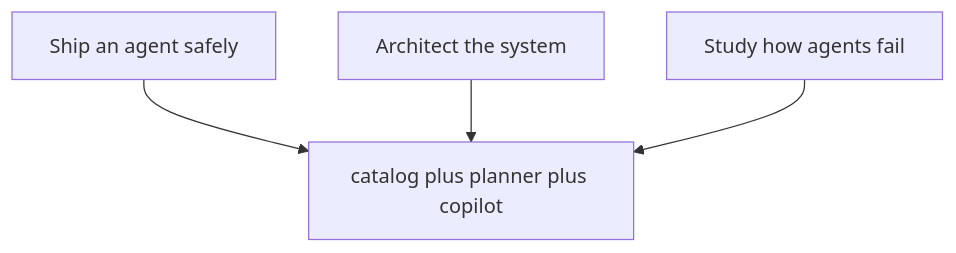
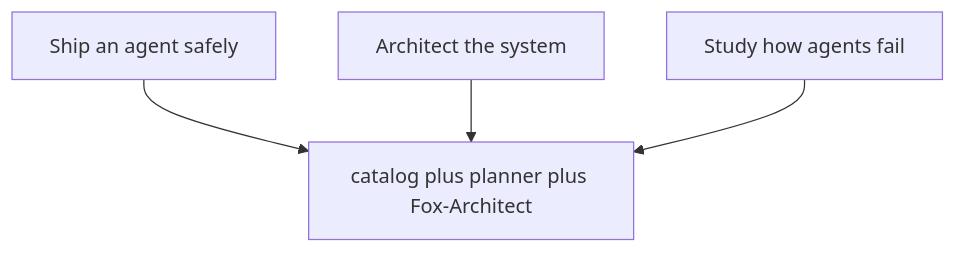
One commit to harishgovardhandamodar/AI-Agents-Patterns changed the first of 31 diagrams in book/WORKFLOWS.md. Above: the diagram before and after it, drawn with Mermaid. The commit also changed other lines of this file and 43 other files, not shown here.

First line of the commit message:
Rebrand Copilot to Fox-Architect; workflows book counsel of architects

````diff
--- a/book/WORKFLOWS.md
+++ b/book/WORKFLOWS.md
@@ -94,9 +94,9 @@
 ```mermaid
 flowchart TB
   J1["Ship an agent safely"]
   J2["Architect the system"]
   J3["Study how agents fail"]
-  J1 --> P1["catalog plus planner plus copilot"]
+  J1 --> P1["catalog plus planner plus Fox-Architect"]
   J2 --> P1
   J3 --> P1
 ```
````
